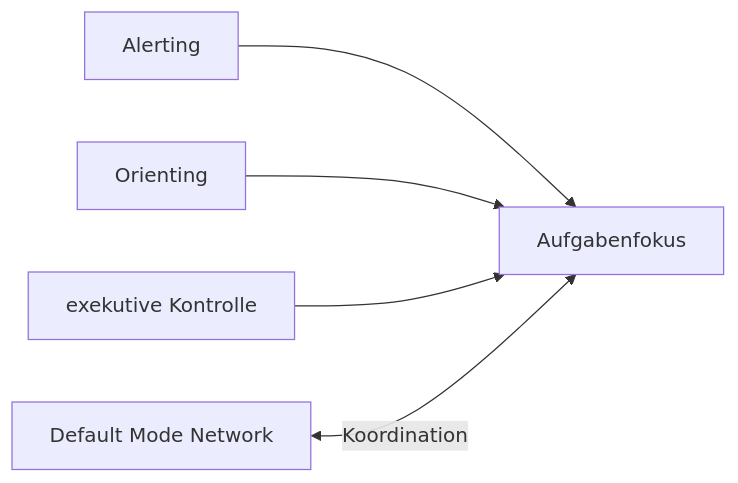
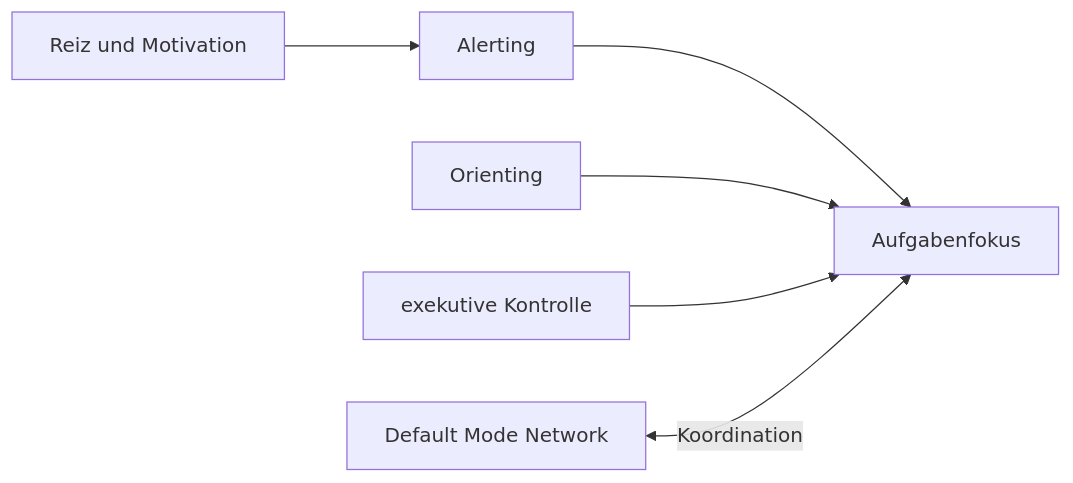
The diagram in 01-Grundlagen/05-Aufmerksamkeit-und-Stabilitaet.md (H234598/ADHS-Lernpfad), drawn with Mermaid before and after one commit. The commit also changed other lines of this file and 12 other files, not shown here.

````diff
--- a/01-Grundlagen/05-Aufmerksamkeit-und-Stabilitaet.md
+++ b/01-Grundlagen/05-Aufmerksamkeit-und-Stabilitaet.md
@@ -30,7 +41,8 @@
 ```mermaid
 flowchart LR
   A[Alerting] --> T[Aufgabenfokus]
   O[Orienting] --> T
   E[exekutive Kontrolle] --> T
   D[Default Mode Network] <-->|Koordination| T
+  R[Reiz und Motivation] --> A
 ```
````
